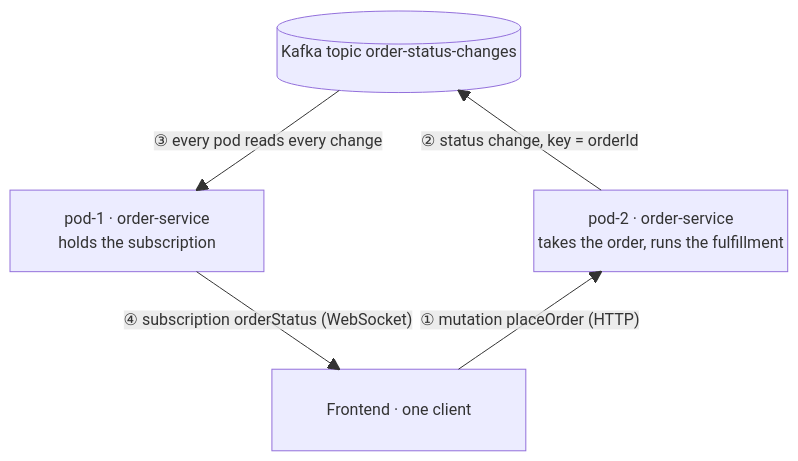
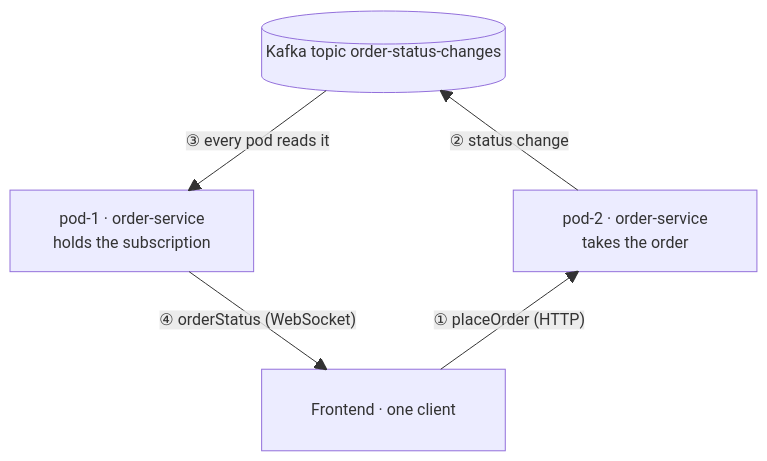
The first of 2 diagrams in examples/spring-for-graphql-subscriptions/README.md (emaarco/spring-gardium-leviosa), drawn with Mermaid before and after one commit. The commit also changed other lines of this file, not shown here.

````diff
--- a/examples/spring-for-graphql-subscriptions/README.md
+++ b/examples/spring-for-graphql-subscriptions/README.md
@@ -50,13 +31,13 @@
 ```mermaid
 block-beta
     columns 3
     space kafka[("Kafka topic order-status-changes")] space
     space:3
-    pod1["pod-1 · order-service\nholds the subscription"] space pod2["pod-2 · order-service\ntakes the order, runs the fulfillment"]
+    pod1["pod-1 · order-service\nholds the subscription"] space pod2["pod-2 · order-service\ntakes the order"]
     space:3
     space frontend["Frontend · one client"] space
-    frontend -- "① mutation placeOrder (HTTP)" --> pod2
-    pod2 -- "② status change, key = orderId" --> kafka
-    kafka -- "③ every pod reads every change" --> pod1
-    pod1 -- "④ subscription orderStatus (WebSocket)" --> frontend
+    frontend -- "① placeOrder (HTTP)" --> pod2
+    pod2 -- "② status change" --> kafka
+    kafka -- "③ every pod reads it" --> pod1
+    pod1 -- "④ orderStatus (WebSocket)" --> frontend
 ```
````
